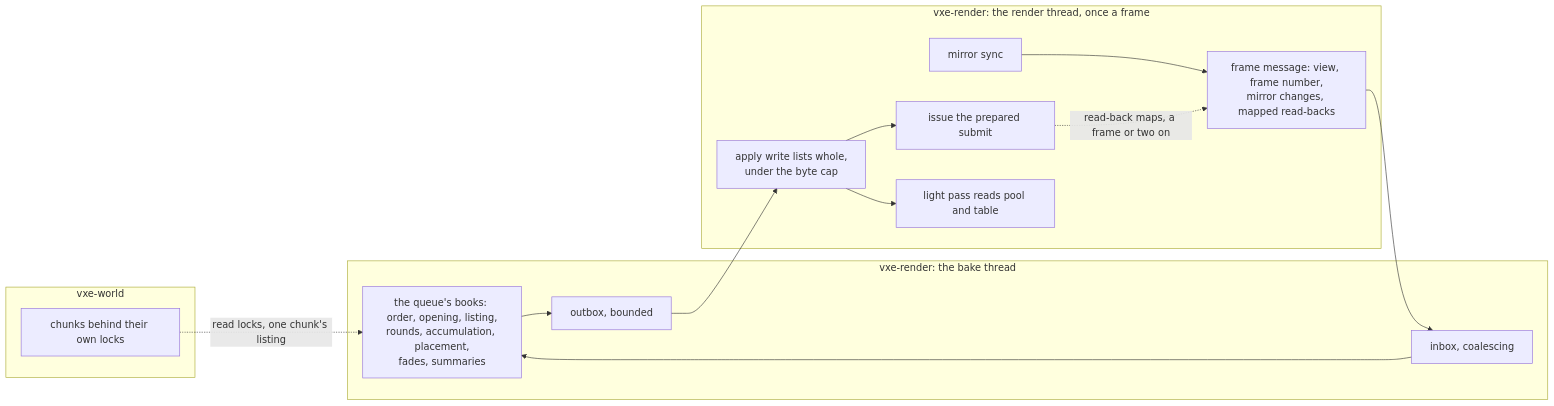
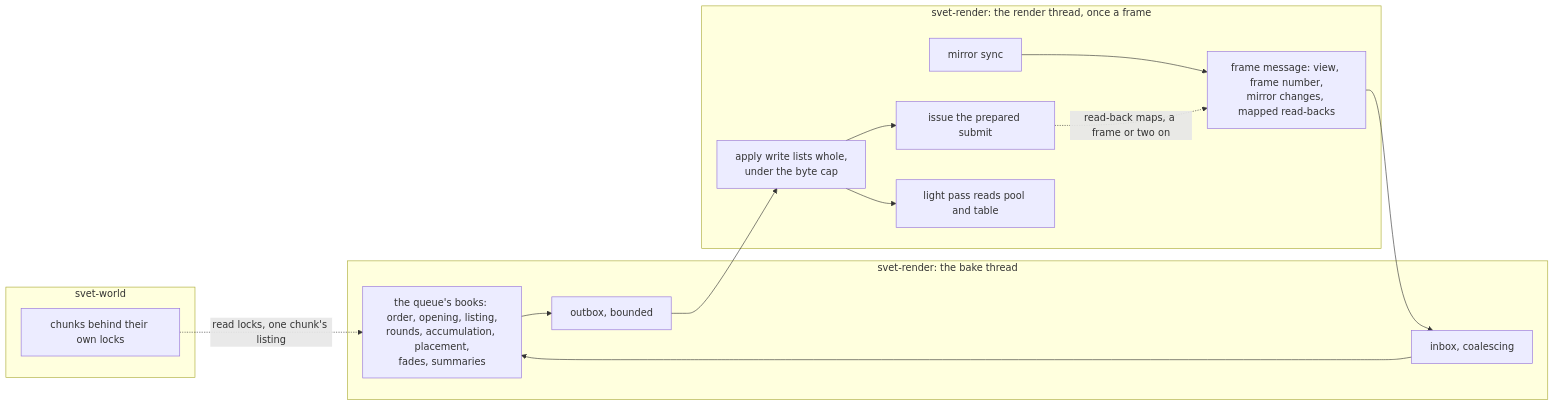
The diagram in docs/plans/0099-the-bake-step-off-the-main-thread-a-bake-thread-write-lists-and-the-in-view-drain.md (IgorKonovalov/voxel-engine), drawn with Mermaid before and after one commit. The commit also changed other lines of this file and 53 other files, not shown here.

````diff
--- a/docs/plans/0099-the-bake-step-off-the-main-thread-a-bake-thread-write-lists-and-the-in-view-drain.md
+++ b/docs/plans/0099-the-bake-step-off-the-main-thread-a-bake-thread-write-lists-and-the-in-view-drain.md
@@ -107,22 +107,22 @@
 ```mermaid
 flowchart LR
-    subgraph world [vxe-world]
+    subgraph world [svet-world]
         CH[chunks behind their own locks]
     end
-    subgraph render [vxe-render: the render thread, once a frame]
+    subgraph render [svet-render: the render thread, once a frame]
         SY[mirror sync]
         MSG[frame message: view, frame number,<br/>mirror changes, mapped read-backs]
         AP[apply write lists whole,<br/>under the byte cap]
         SUB[issue the prepared submit]
         LP[light pass reads pool and table]
     end
-    subgraph bake [vxe-render: the bake thread]
+    subgraph bake [svet-render: the bake thread]
         IN[inbox, coalescing]
         BK[the queue's books: order, opening, listing,<br/>rounds, accumulation, placement,<br/>fades, summaries]
         OUT[outbox, bounded]
     end
     SY --> MSG --> IN --> BK --> OUT --> AP --> SUB
     AP --> LP
     CH -. read locks, one chunk's listing .-> BK
     SUB -. read-back maps, a frame or two on .-> MSG
 ```
````
